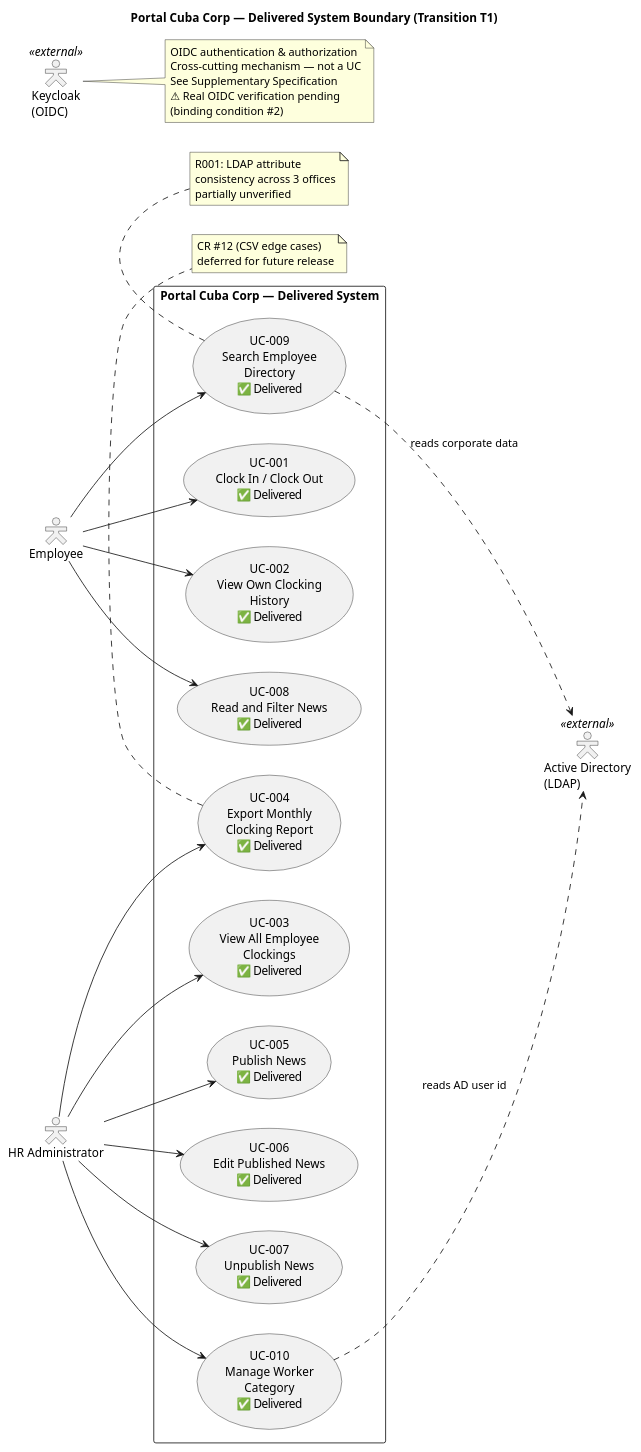
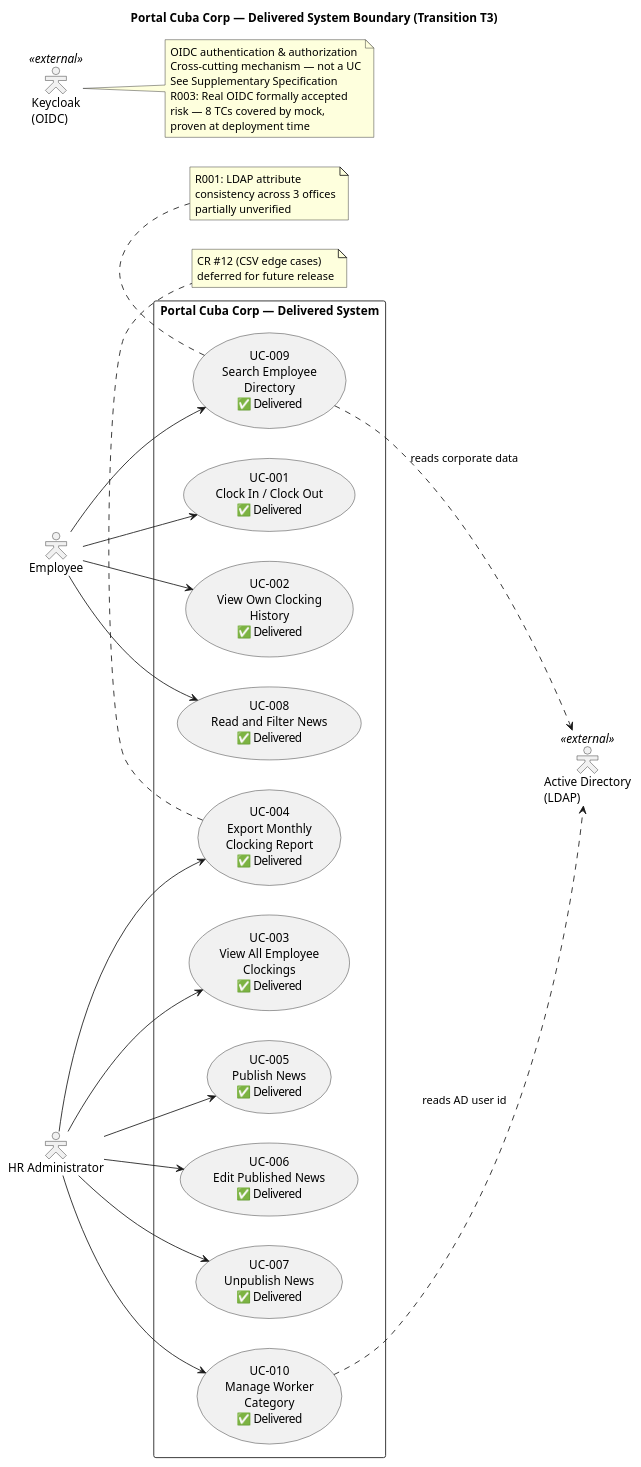
One commit to banense-test/portal-cuba-corp changed the diagram in docs/artifacts/requirements/vision.md. Above: the diagram before and after it, drawn with PlantUML. The commit also changed other lines of this file, not shown here.

First line of the commit message:
System Analyst [T3]: upsert Vision

````diff
--- a/docs/artifacts/requirements/vision.md
+++ b/docs/artifacts/requirements/vision.md
@@ -102,62 +102,63 @@
 ```plantuml
 @startuml
-title Portal Cuba Corp — Delivered System Boundary (Transition T1)
+title Portal Cuba Corp — Delivered System Boundary (Transition T3)
 
 left to right direction
 skinparam packageStyle rectangle
 skinparam actorStyle hollow
 
 actor "Employee" as EMP
 actor "HR Administrator" as HR
 actor "Active Directory\n(LDAP)" as AD <<external>>
 actor "Keycloak\n(OIDC)" as KC <<external>>
 
 rectangle "Portal Cuba Corp — Delivered System" {
   usecase "UC-001\nClock In / Clock Out\n✅ Delivered" as UC001
   usecase "UC-002\nView Own Clocking\nHistory\n✅ Delivered" as UC002
   usecase "UC-003\nView All Employee\nClockings\n✅ Delivered" as UC003
   usecase "UC-004\nExport Monthly\nClocking Report\n✅ Delivered" as UC004
   usecase "UC-005\nPublish News\n✅ Delivered" as UC005
   usecase "UC-006\nEdit Published News\n✅ Delivered" as UC006
   usecase "UC-007\nUnpublish News\n✅ Delivered" as UC007
   usecase "UC-008\nRead and Filter News\n✅ Delivered" as UC008
   usecase "UC-009\nSearch Employee\nDirectory\n✅ Delivered" as UC009
   usecase "UC-010\nManage Worker\nCategory\n✅ Delivered" as UC010
 }
 
 EMP --> UC001
 EMP --> UC002
 EMP --> UC008
 EMP --> UC009
 
 HR --> UC003
 HR --> UC004
 HR --> UC005
 HR --> UC006
 HR --> UC007
 HR --> UC010
 
 UC009 ..> AD : reads corporate data
 UC010 ..> AD : reads AD user id
 
 note right of KC
   OIDC authentication & authorization
   Cross-cutting mechanism — not a UC
   See Supplementary Specification
-  ⚠ Real OIDC verification pending
-  (binding condition #2)
+  R003: Real OIDC formally accepted
+  risk — 8 TCs covered by mock,
+  proven at deployment time
 end note
 
 note bottom of UC004
   CR #12 (CSV edge cases)
   deferred for future release
 end note
 
 note bottom of UC009
   R001: LDAP attribute
   consistency across 3 offices
   partially unverified
 end note
 
 @enduml
 ```
````
